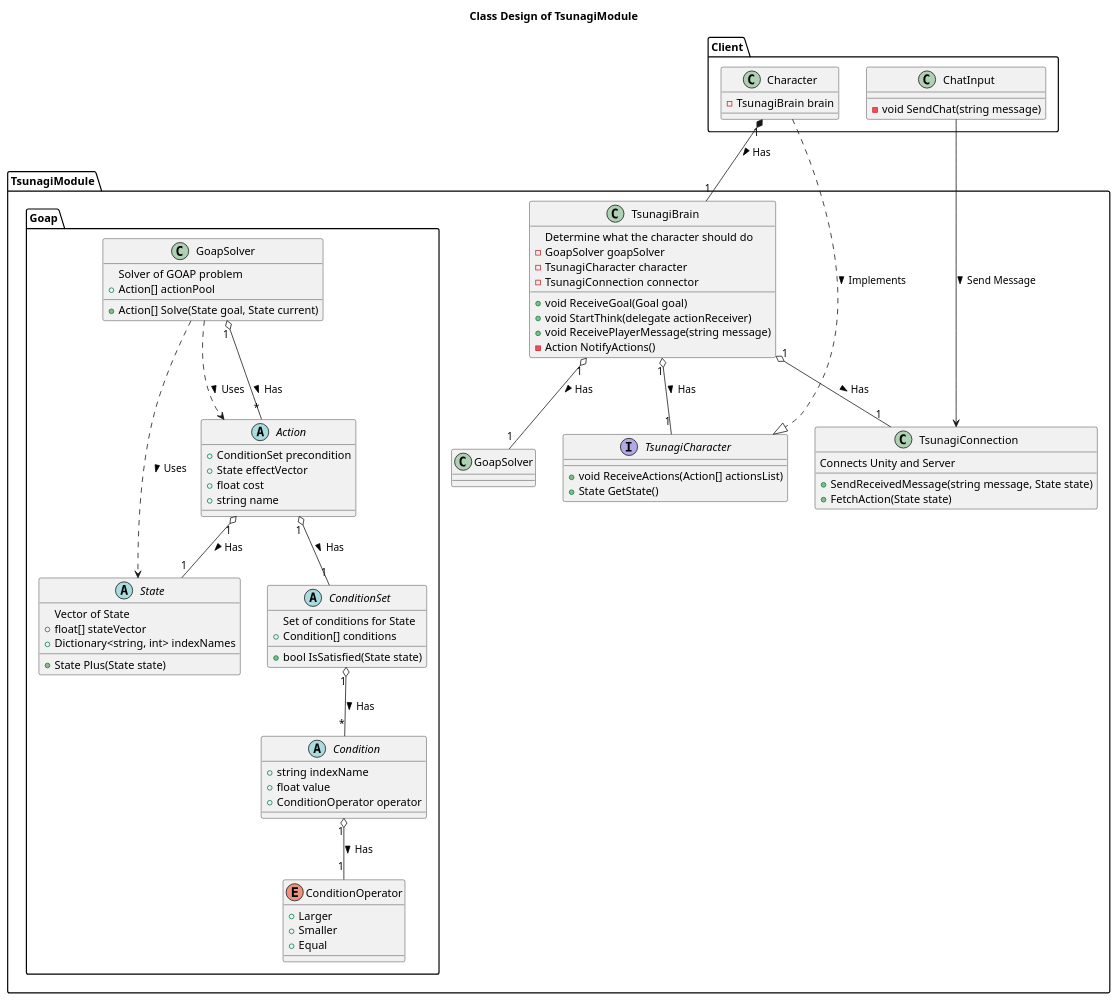
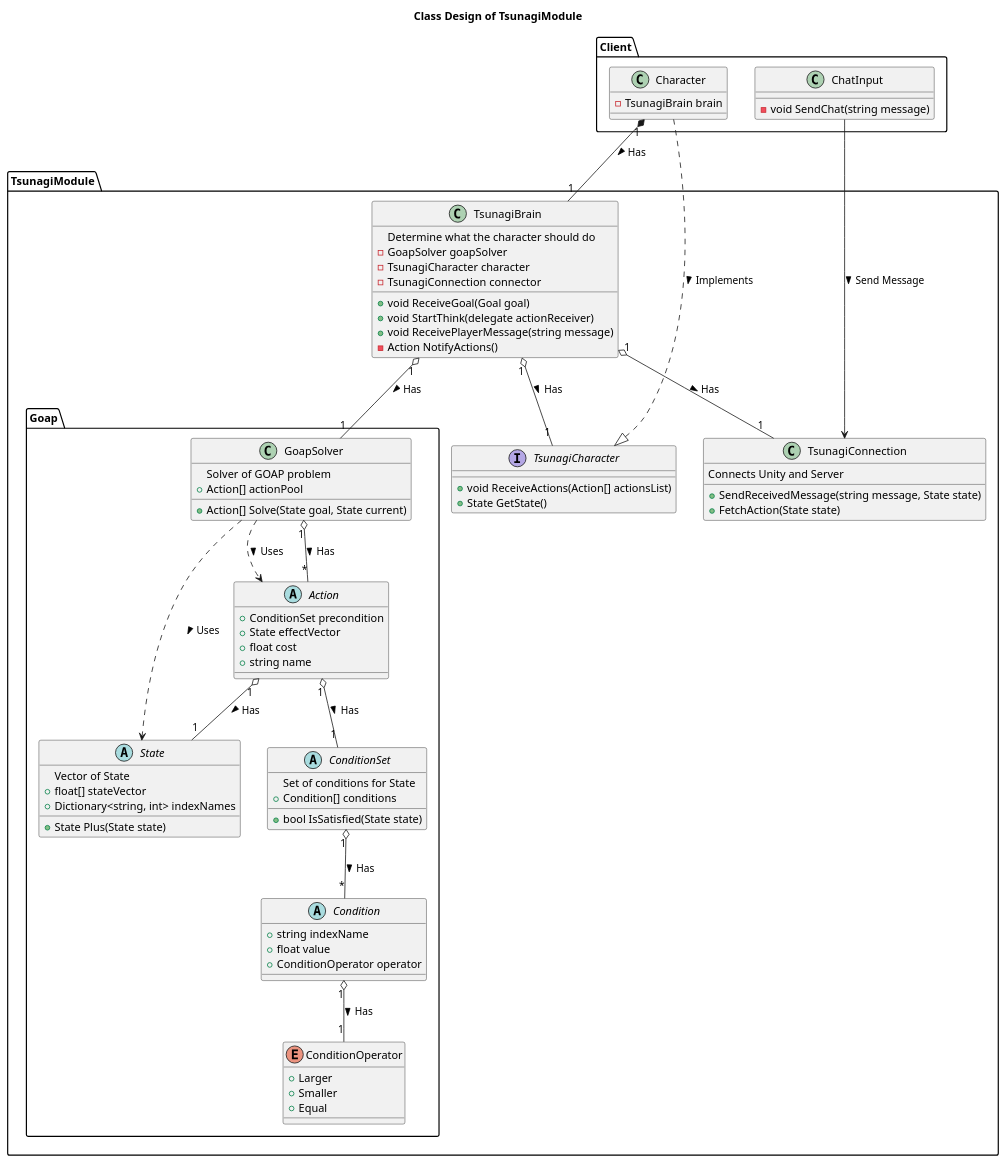
One commit to tsunagi-ai/UnityModuleDesign changed the diagram in classes.puml. Above: the diagram before and after it, drawn with PlantUML.

```diff
--- a/classes.puml
+++ b/classes.puml
@@ -1,91 +1,91 @@
 @startuml
 title Class Design of TsunagiModule
 
 package TsunagiModule {
-  class TsunagiBrain {
-    Determine what the character should do
-    +void ReceiveGoal(Goal goal)
-    +void StartThink(delegate actionReceiver)
-    +void ReceivePlayerMessage(string message)
-    -Action NotifyActions()
-    -GoapSolver goapSolver
-    -TsunagiCharacter character
-    -TsunagiConnection connector
-  }
-  TsunagiBrain "1" o-- "1" GoapSolver : Has >
-  TsunagiBrain "1" o-- "1" TsunagiConnection : Has >
-  TsunagiBrain "1" o-- "1" TsunagiCharacter : Has >
-  
-  class TsunagiConnection {
-    Connects Unity and Server
-    +SendReceivedMessage(string message, State state)
-    +FetchAction(State state)
-  }
-
-  interface TsunagiCharacter {
-    +void ReceiveActions(Action[] actionsList)
-    +State GetState()
-  }
-
   package Goap{
     class GoapSolver {
       Solver of GOAP problem
       +Action[] Solve(State goal, State current)
       +Action[] actionPool
     }
     GoapSolver ..> State : Uses >
     GoapSolver ..> Action : Uses >
     GoapSolver "1" o-- "*" Action : Has >
 
     abstract State{
       Vector of State
       +State Plus(State state)
       +float[] stateVector
       +Dictionary<string, int> indexNames
     }
 
     abstract Action {
       +ConditionSet precondition
       +State effectVector
       +float cost
       +string name
     }
     Action "1" o-- "1" State : Has >
     Action "1" o-- "1" ConditionSet : Has >
 
     abstract ConditionSet{
       Set of conditions for State
       +bool IsSatisfied(State state)
       +Condition[] conditions
     }
     ConditionSet "1" o-- "*" Condition : Has >
 
     abstract Condition{
       +string indexName
       +float value
       +ConditionOperator operator
     }
     Condition "1" o-- "1" ConditionOperator : Has >
 
     enum ConditionOperator {
       +Larger
       +Smaller
       +Equal
     }
   }
+  
+  class TsunagiBrain {
+    Determine what the character should do
+    +void ReceiveGoal(Goal goal)
+    +void StartThink(delegate actionReceiver)
+    +void ReceivePlayerMessage(string message)
+    -Action NotifyActions()
+    -GoapSolver goapSolver
+    -TsunagiCharacter character
+    -TsunagiConnection connector
+  }
+  TsunagiBrain "1" o-- "1" GoapSolver : Has >
+  TsunagiBrain "1" o-- "1" TsunagiConnection : Has >
+  TsunagiBrain "1" o-- "1" TsunagiCharacter : Has >
+  
+  class TsunagiConnection {
+    Connects Unity and Server
+    +SendReceivedMessage(string message, State state)
+    +FetchAction(State state)
+  }
+
+  interface TsunagiCharacter {
+    +void ReceiveActions(Action[] actionsList)
+    +State GetState()
+  }
 }
 
 package Client{
   class Character {
     -TsunagiBrain brain
   }
   Character ..|> TsunagiCharacter : Implements >
   Character "1" *-- "1" TsunagiBrain : Has >
 
   class ChatInput {
     -void SendChat(string message)
   }
   ChatInput --> TsunagiConnection : Send Message >
 }
 
 @enduml
```
